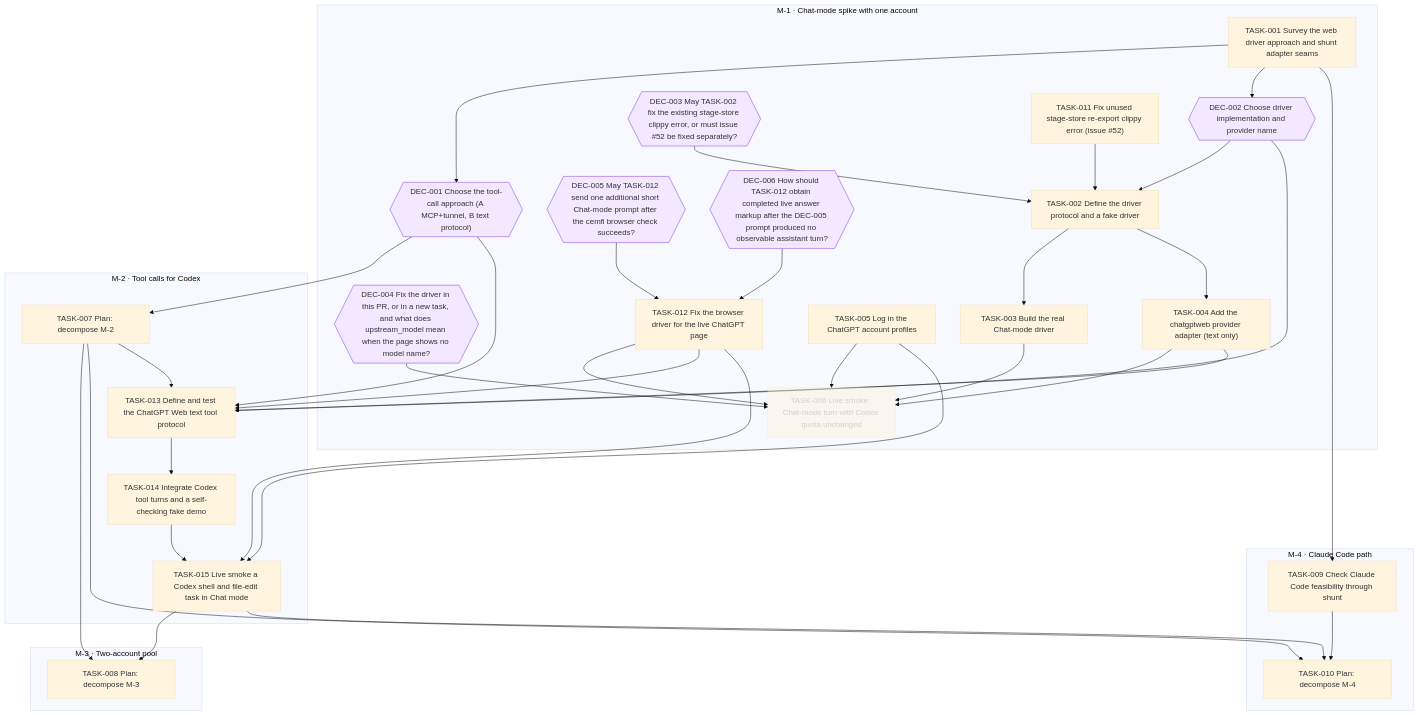
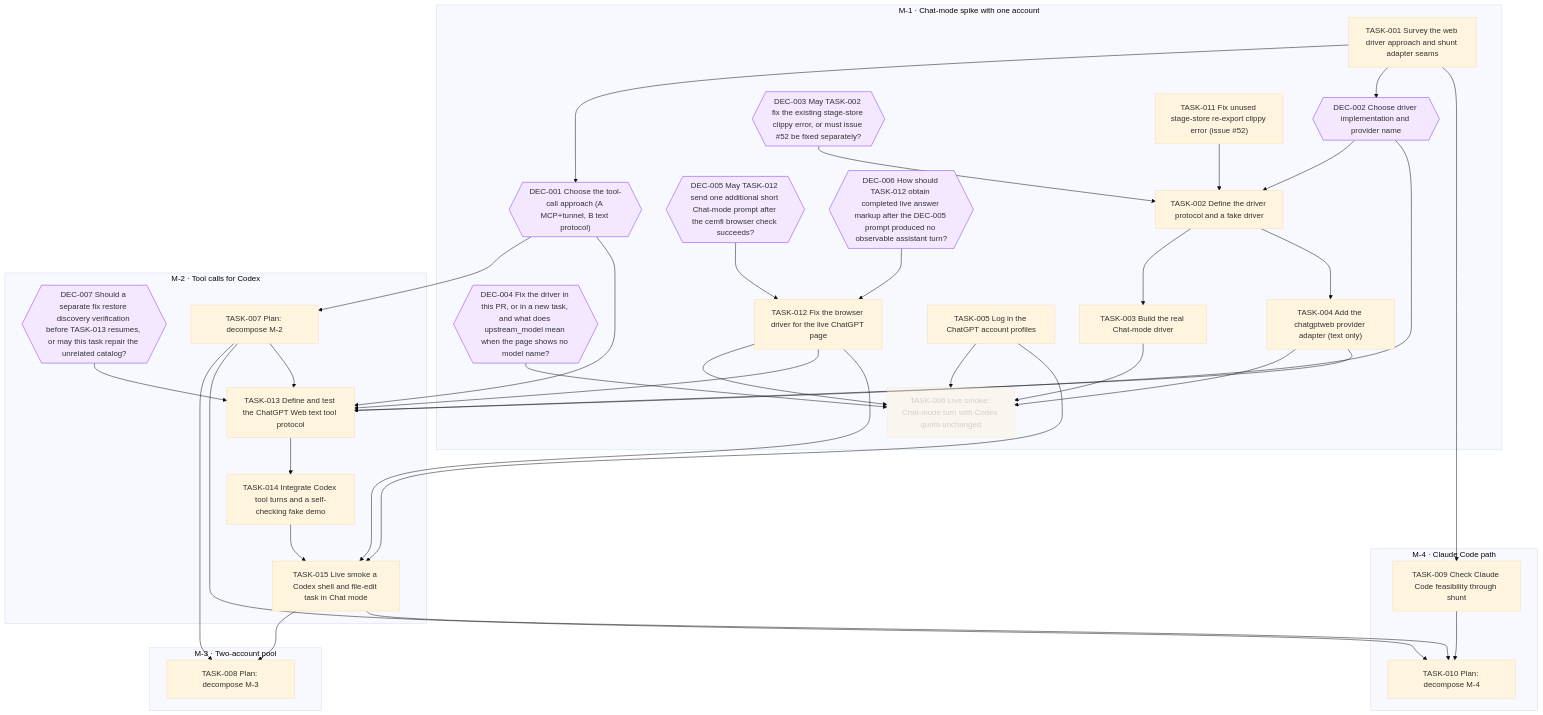
The diagram in goals/chatgptweb-provider/README.md (jesusvillota/shunt), drawn with Mermaid (base theme) before and after one commit. The commit also changed 3 other files, not shown here.

Commit message:
goal(chatgptweb-provider): request DEC-007 from TASK-013

````diff
--- a/goals/chatgptweb-provider/README.md
+++ b/goals/chatgptweb-provider/README.md
@@ -132,72 +132,75 @@
 ```mermaid
 flowchart TD
   subgraph M_1["M-1 · Chat-mode spike with one account"]
     DEC_001{{"DEC-001 Choose the tool-call approach (A MCP+tunnel, B text protocol)"}}
     DEC_002{{"DEC-002 Choose driver implementation and provider name"}}
     DEC_003{{"DEC-003 May TASK-002 fix the existing stage-store clippy error, or must issue #52 be fixed separately?"}}
     DEC_004{{"DEC-004 Fix the driver in this PR, or in a new task, and what does upstream_model mean when the page shows no model name?"}}
     DEC_005{{"DEC-005 May TASK-012 send one additional short Chat-mode prompt after the cemfi browser check succeeds?"}}
     DEC_006{{"DEC-006 How should TASK-012 obtain completed live answer markup after the DEC-005 prompt produced no observable assistant turn?"}}
     TASK_001["TASK-001 Survey the web driver approach and shunt adapter seams"]
     TASK_002["TASK-002 Define the driver protocol and a fake driver"]
     TASK_003["TASK-003 Build the real Chat-mode driver"]
     TASK_004["TASK-004 Add the chatgptweb provider adapter (text only)"]
     TASK_005["TASK-005 Log in the ChatGPT account profiles"]
     TASK_006["TASK-006 Live smoke: Chat-mode turn with Codex quota unchanged"]
     TASK_011["TASK-011 Fix unused stage-store re-export clippy error (issue #52)"]
     TASK_012["TASK-012 Fix the browser driver for the live ChatGPT page"]
   end
   subgraph M_2["M-2 · Tool calls for Codex"]
+    DEC_007{{"DEC-007 Should a separate fix restore discovery verification before TASK-013 resumes, or may this task repair the unrelated catalog?"}}
     TASK_007["TASK-007 Plan: decompose M-2"]
     TASK_013["TASK-013 Define and test the ChatGPT Web text tool protocol"]
     TASK_014["TASK-014 Integrate Codex tool turns and a self-checking fake demo"]
     TASK_015["TASK-015 Live smoke a Codex shell and file-edit task in Chat mode"]
   end
   subgraph M_3["M-3 · Two-account pool"]
     TASK_008["TASK-008 Plan: decompose M-3"]
   end
   subgraph M_4["M-4 · Claude Code path"]
     TASK_009["TASK-009 Check Claude Code feasibility through shunt"]
     TASK_010["TASK-010 Plan: decompose M-4"]
   end
   TASK_001 --> DEC_001
   TASK_001 --> DEC_002
   DEC_002 --> TASK_002
   DEC_003 --> TASK_002
   TASK_011 --> TASK_002
   TASK_002 --> TASK_003
   TASK_002 --> TASK_004
   TASK_003 --> TASK_006
   TASK_004 --> TASK_006
   TASK_005 --> TASK_006
   DEC_004 --> TASK_006
   TASK_012 --> TASK_006
   DEC_001 --> TASK_007
   TASK_007 --> TASK_008
   TASK_015 --> TASK_008
   TASK_001 --> TASK_009
   TASK_007 --> TASK_010
   TASK_009 --> TASK_010
   TASK_015 --> TASK_010
   DEC_005 --> TASK_012
   DEC_006 --> TASK_012
   TASK_007 --> TASK_013
   TASK_004 --> TASK_013
   TASK_012 --> TASK_013
   DEC_001 --> TASK_013
   DEC_002 --> TASK_013
+  DEC_007 --> TASK_013
   TASK_013 --> TASK_014
   TASK_014 --> TASK_015
   TASK_005 --> TASK_015
   TASK_012 --> TASK_015
   classDef draft stroke-dasharray: 4 3
   classDef cancelled opacity:0.45
   classDef decision fill:#f3e8ff,stroke:#7c3aed
   class TASK_006 cancelled
   class DEC_001 decision
   class DEC_002 decision
   class DEC_003 decision
   class DEC_004 decision
   class DEC_005 decision
   class DEC_006 decision
+  class DEC_007 decision
 ```
````
